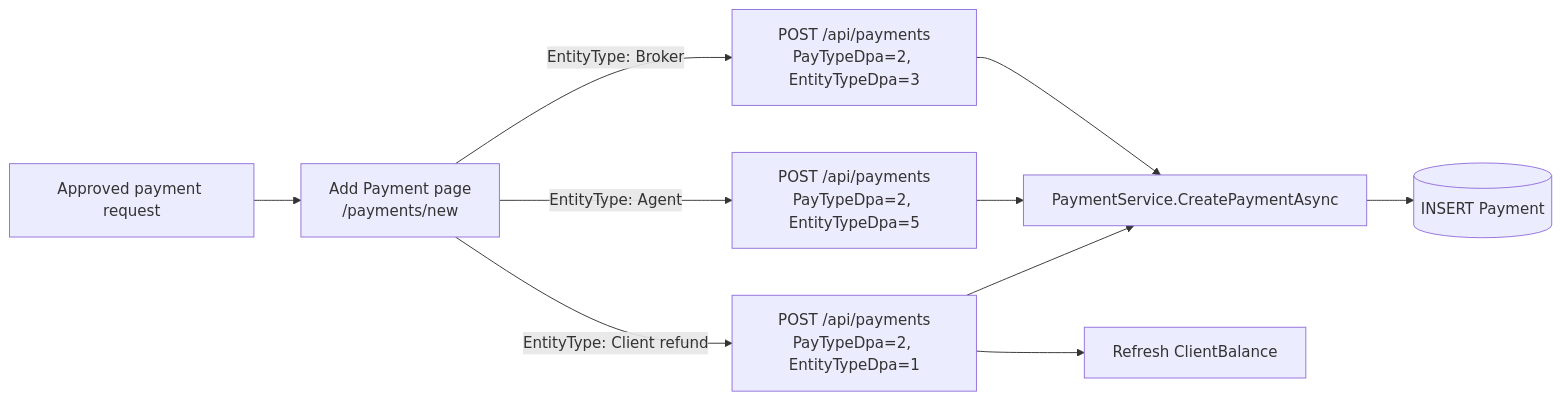
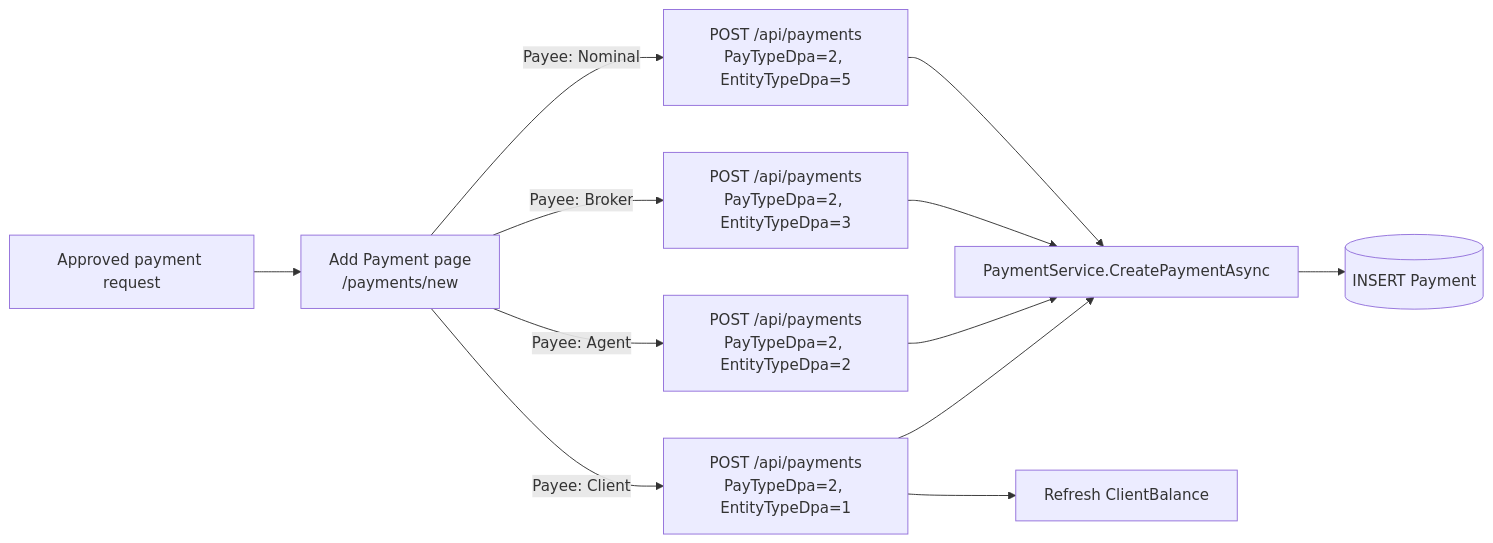
The third of 8 diagrams in BK_Files/Docs/Payments_And_Journals.md (mwangudi/brokerknow), drawn with Mermaid before and after one commit. The commit also changed other lines of this file and 2 other files, not shown here.

Commit message:
Docs: Reports inventory + payee types/Chart-of-Accounts + CDS no-auto-commit/contract-notes ZIP (2026-06-17/06-18)

````diff
--- a/BK_Files/Docs/Payments_And_Journals.md
+++ b/BK_Files/Docs/Payments_And_Journals.md
@@ -213,12 +226,14 @@
 ```mermaid
 flowchart LR
     Trigger[Approved payment request] --> Form[Add Payment page\n/payments/new]
-    Form -->|EntityType: Broker| BPay[POST /api/payments\nPayTypeDpa=2, EntityTypeDpa=3]
-    Form -->|EntityType: Agent| APay[POST /api/payments\nPayTypeDpa=2, EntityTypeDpa=5]
-    Form -->|EntityType: Client refund| CPay[POST /api/payments\nPayTypeDpa=2, EntityTypeDpa=1]
-    BPay --> SVC[PaymentService.CreatePaymentAsync]
+    Form -->|Payee: Client| CPay[POST /api/payments\nPayTypeDpa=2, EntityTypeDpa=1]
+    Form -->|Payee: Agent| APay[POST /api/payments\nPayTypeDpa=2, EntityTypeDpa=2]
+    Form -->|Payee: Broker| BPay[POST /api/payments\nPayTypeDpa=2, EntityTypeDpa=3]
+    Form -->|Payee: Nominal| NPay[POST /api/payments\nPayTypeDpa=2, EntityTypeDpa=5]
+    CPay --> SVC[PaymentService.CreatePaymentAsync]
     APay --> SVC
-    CPay --> SVC
+    BPay --> SVC
+    NPay --> SVC
     SVC --> PMT[(INSERT Payment)]
     CPay --> Refresh[Refresh ClientBalance]
 ```
````
